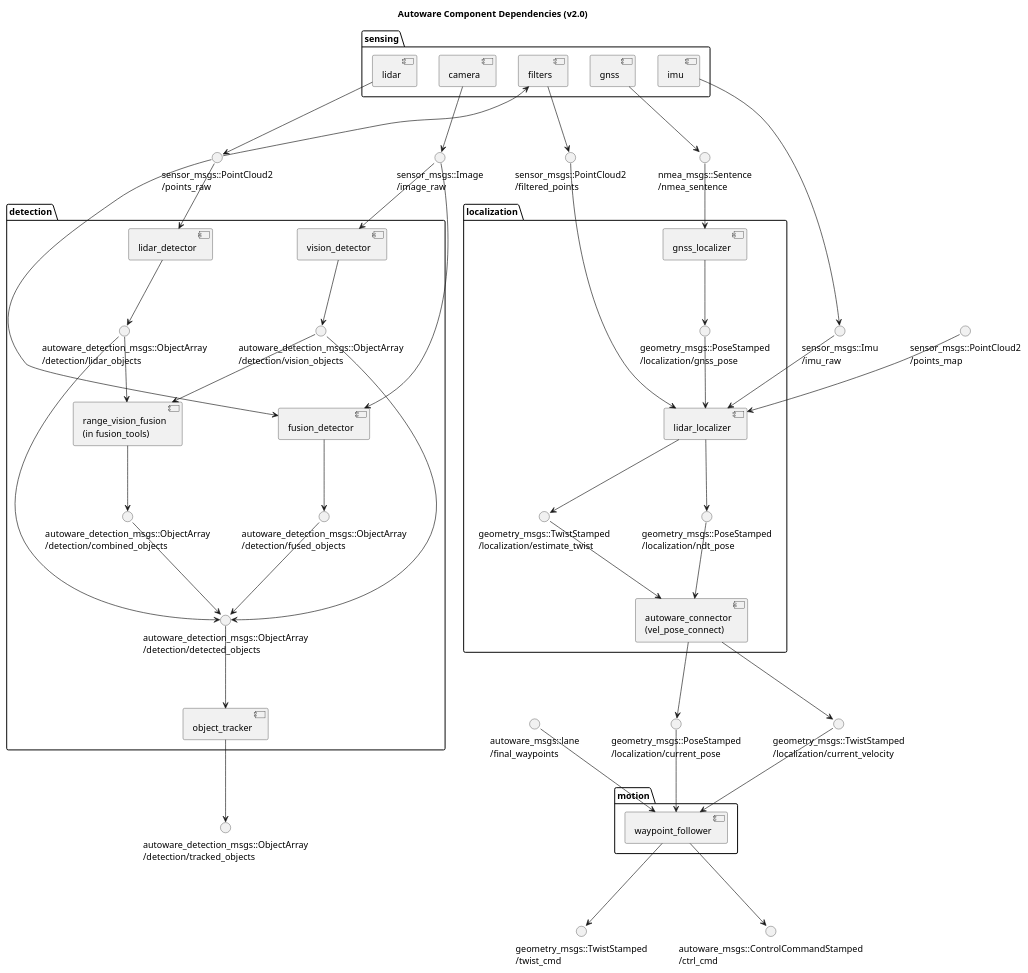
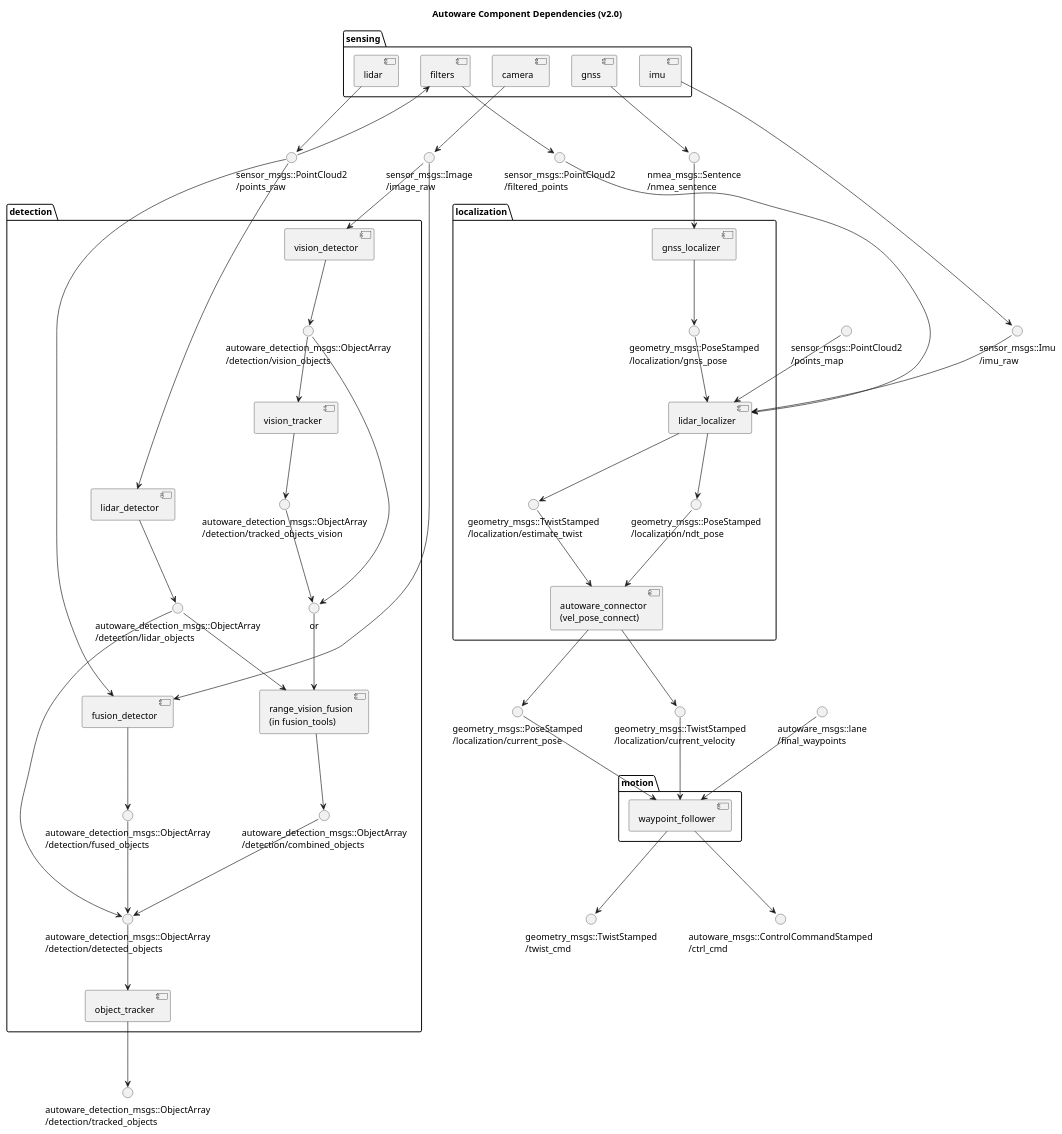
The diagram in docs/architecture/ComponentDiagram.pu (heyuliang/Autoware), drawn with PlantUML before and after one commit.

Commit message:
Insert vision_tracker between vision_detector and range_vision_fusion

```diff
--- a/docs/architecture/ComponentDiagram.pu
+++ b/docs/architecture/ComponentDiagram.pu
@@ -1,144 +1,154 @@
 @startuml
 
 title Autoware Component Dependencies (v2.0)
 
 () "sensor_msgs::Image\n/image_raw" as image_raw
 () "sensor_msgs::PointCloud2\n/points_raw" as points_raw
 () "sensor_msgs::PointCloud2\n/filtered_points" as filtered_points
 () "sensor_msgs::Imu\n/imu_raw" as imu_raw 
 () "nmea_msgs::Sentence\n/nmea_sentence" as nmea_sentence
 
 folder sensing {
     [camera]
     'outputs
     camera --> image_raw
 
     [lidar]
     'outputs
     lidar --> points_raw
 
     [filters]
     'inputs
     points_raw --> filters
     'outputs
     filters --> filtered_points
 
     [imu]
     'outputs
     imu --> imu_raw
 
     [gnss]
     'outputs
     gnss --> nmea_sentence
 }
 
 () "autoware_detection_msgs::ObjectArray\n/detection/tracked_objects" as tracked_objects
 '() "autoware_detection_msgs::TrafficLight\n/detection/traffic_light_color" as traffic_light_color
 
 folder detection {
     () "autoware_detection_msgs::ObjectArray\n/detection/vision_objects" as detected_objects_vision
+    () "autoware_detection_msgs::ObjectArray\n/detection/tracked_objects_vision" as tracked_objects_vision
+    () "or" as vision_objects
     () "autoware_detection_msgs::ObjectArray\n/detection/lidar_objects" as detected_objects_lidar
     () "autoware_detection_msgs::ObjectArray\n/detection/combined_objects" as detected_objects_combined
     () "autoware_detection_msgs::ObjectArray\n/detection/fused_objects" as detected_objects_fused
     () "autoware_detection_msgs::ObjectArray\n/detection/detected_objects" as detected_objects
 
     [vision_detector]
     'inputs
     image_raw --> vision_detector
     'outputs
     vision_detector --> detected_objects_vision
+
+    [vision_tracker]
+    'inputs
+    detected_objects_vision --> vision_tracker
+    'outputs
+    vision_tracker --> tracked_objects_vision
 
     [lidar_detector]
     'inputs
     points_raw --> lidar_detector
     'outputs
     lidar_detector --> detected_objects_lidar
 
     [fusion_detector]
     'inputs
     image_raw --> fusion_detector
     points_raw --> fusion_detector
     'outputs
     fusion_detector --> detected_objects_fused
 
     [range_vision_fusion\n(in fusion_tools)] as fusion_tools
     'inputs
-    detected_objects_vision --> fusion_tools
+    vision_objects --> fusion_tools
     detected_objects_lidar --> fusion_tools
     'outputs
     fusion_tools --> detected_objects_combined
 
     'connection
-    detected_objects_vision --> detected_objects
+    detected_objects_vision --> vision_objects
+    tracked_objects_vision --> vision_objects
+
     detected_objects_lidar --> detected_objects
     detected_objects_combined --> detected_objects
     detected_objects_fused --> detected_objects
 
     [object_tracker]
     'inputs
     detected_objects --> object_tracker
     'outputs
     object_tracker --> tracked_objects
 
     '[trafficlight_recognizer]
     'inputs
     'image_raw --> trafficlight_recognizer
     'outputs
     'trafficlight_recognizer --> traffic_light_color
 }
 
 'lidar_localizer
 () "sensor_msgs::PointCloud2\n/points_map" as points_map
 
 'vel_pose_connect
 () "geometry_msgs::PoseStamped\n/localization/current_pose" as current_pose
 () "geometry_msgs::TwistStamped\n/localization/current_velocity" as current_velocity
 
 folder localization {
     () "geometry_msgs::PoseStamped\n/localization/gnss_pose" as gnss_pose
     () "geometry_msgs::TwistStamped\n/localization/estimate_twist" as estimate_twist
     () "geometry_msgs::PoseStamped\n/localization/ndt_pose" as ndt_pose
 
     [gnss_localizer]
     'inputs
     nmea_sentence --> gnss_localizer
     'outputs
     gnss_localizer --> gnss_pose
 
     [lidar_localizer]
     'inputs
     gnss_pose --> lidar_localizer
     filtered_points --> lidar_localizer
     points_map --> lidar_localizer
     imu_raw --> lidar_localizer
     'outputs
     lidar_localizer --> estimate_twist
     lidar_localizer --> ndt_pose
 
     [autoware_connector\n(vel_pose_connect)] as vel_pose_connect
     'inputs
     estimate_twist --> vel_pose_connect
     ndt_pose --> vel_pose_connect
     'outputs
     vel_pose_connect --> current_pose
     vel_pose_connect --> current_velocity
 
     '[dead_reckoner] @ Autoware v2.0
 }
 
 () "autoware_msgs::lane\n/final_waypoints" as final_waypoints
 () "geometry_msgs::TwistStamped\n/twist_cmd" as twist_cmd
 () "autoware_msgs::ControlCommandStamped\n/ctrl_cmd" as ctrl_cmd
 
 folder motion {
     [waypoint_follower]
     'inputs
     current_pose --> waypoint_follower
     current_velocity --> waypoint_follower
     final_waypoints --> waypoint_follower
     'outputs
     waypoint_follower --> twist_cmd
     waypoint_follower --> ctrl_cmd
 }
 
 @enduml
```
